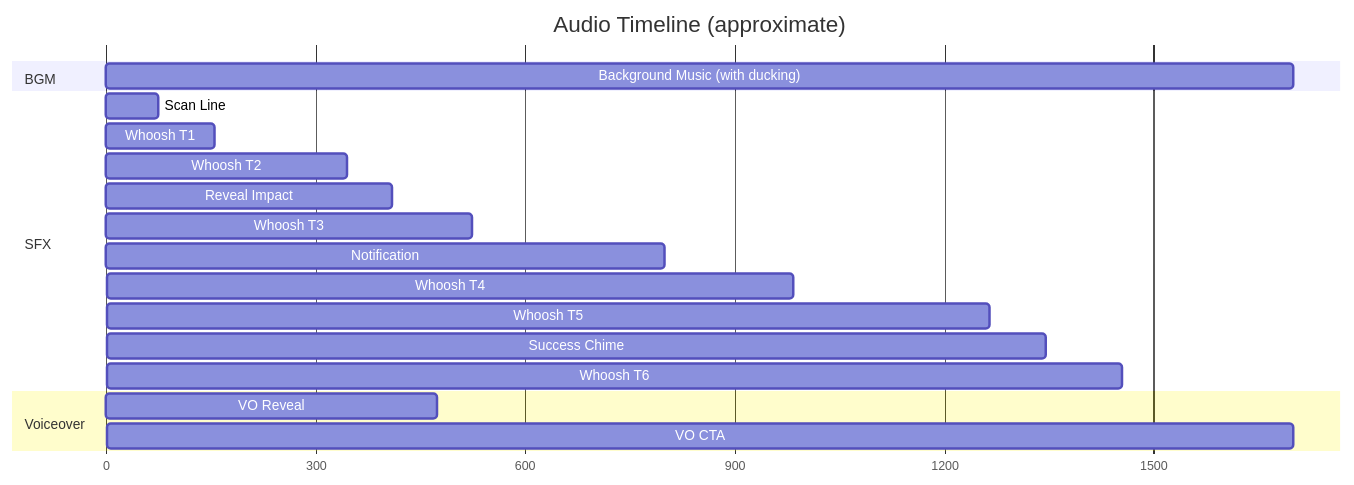
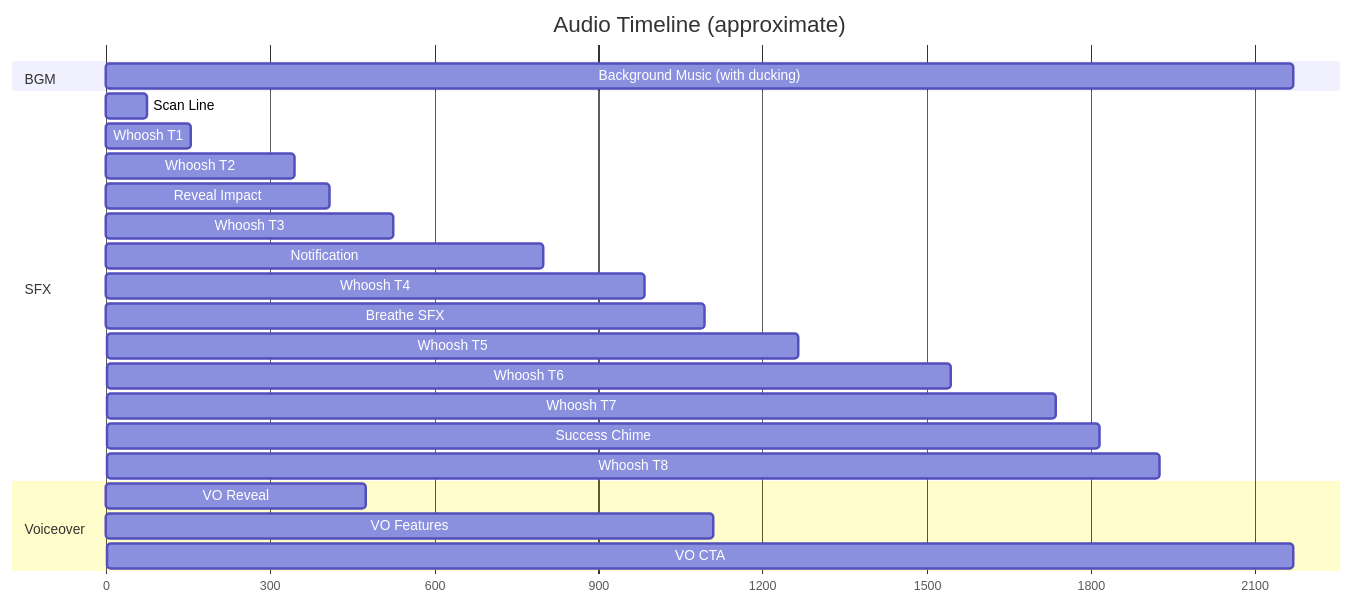
One commit to ChanMeng666/claude-code-audio-hooks-promo-video changed the second of 4 diagrams in README.md. Above: the diagram before and after it, drawn with Mermaid. The commit also changed other lines of this file, not shown here.

````diff
--- a/README.md
+++ b/README.md
@@ -54,25 +64,29 @@
 ```mermaid
 gantt
     title Audio Timeline (approximate)
     dateFormat X
     axisFormat %s
 
     section BGM
-    Background Music (with ducking) :0, 1700
+    Background Music (with ducking) :0, 2170
 
     section SFX
     Scan Line     :15, 75
     Whoosh T1     :125, 155
     Whoosh T2     :315, 345
     Reveal Impact :335, 410
     Whoosh T3     :495, 525
     Notification  :755, 800
     Whoosh T4     :955, 985
+    Breathe SFX   :975, 1095
     Whoosh T5     :1235, 1265
-    Success Chime :1300, 1345
-    Whoosh T6     :1425, 1455
+    Whoosh T6     :1515, 1545
+    Whoosh T7     :1705, 1735
+    Success Chime :1770, 1815
+    Whoosh T8     :1895, 1925
 
     section Voiceover
     VO Reveal     :355, 475
-    VO CTA        :1550, 1700
+    VO Features   :1010, 1110
+    VO CTA        :2020, 2170
 ```
````
